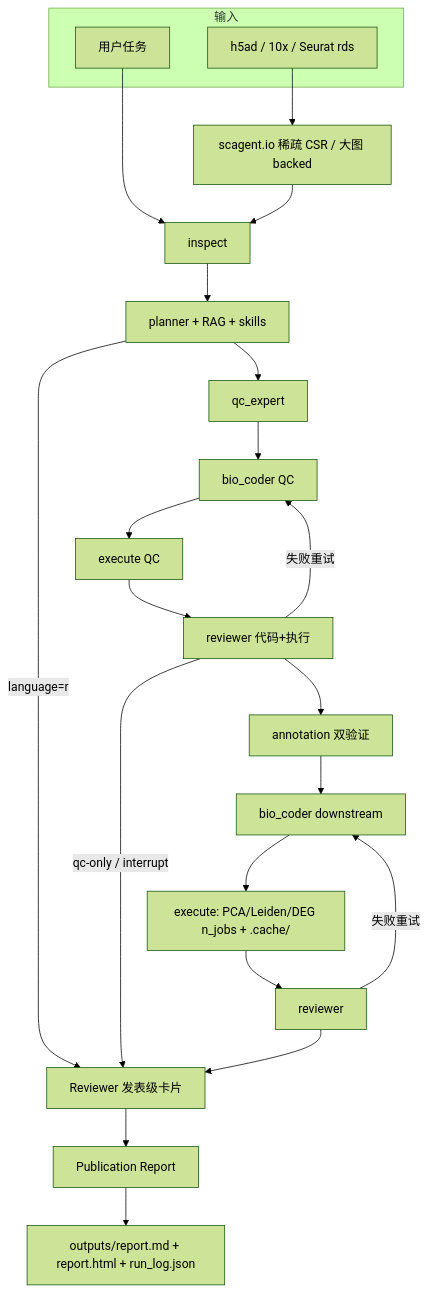
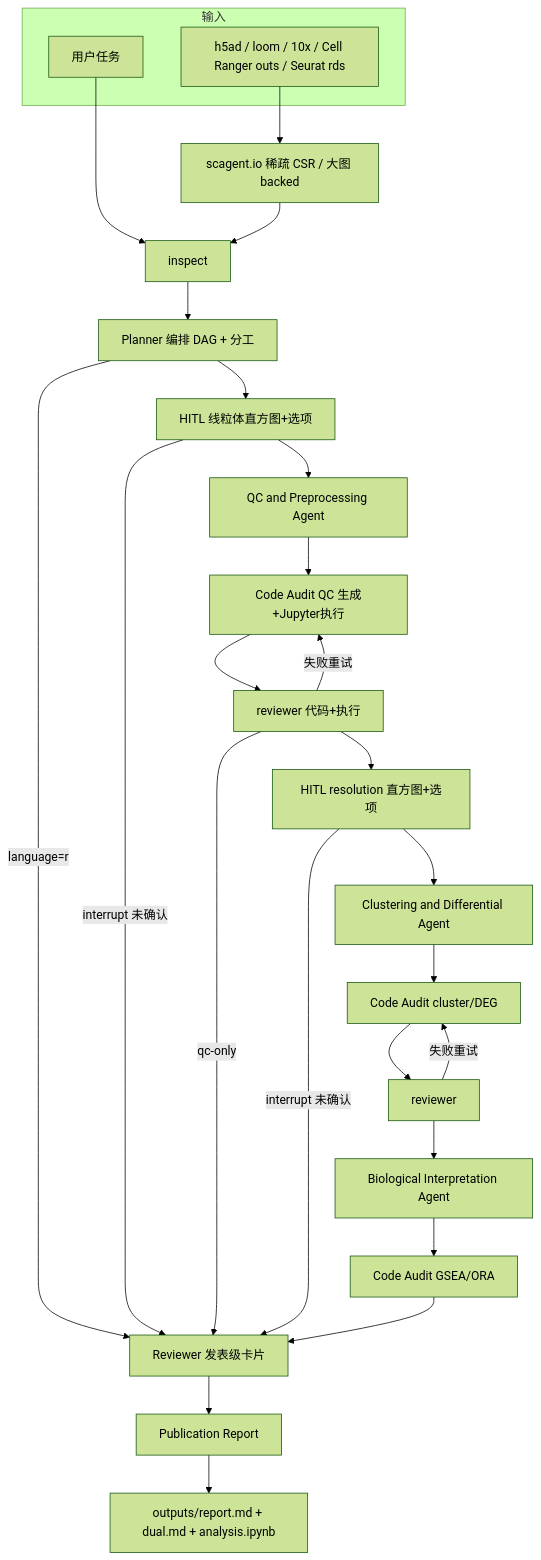
The diagram in README.md (bio-apple/scAgent), drawn with Mermaid (forest theme) before and after one commit. The commit also changed other lines of this file and 97 other files, not shown here.

First line of the commit message:
Expand multi-agent pipeline, IO formats, batch integration, and SciAgent skills.

````diff
--- a/README.md
+++ b/README.md
@@ -28,26 +31,30 @@
 ```mermaid
 flowchart TD
   subgraph in [输入]
-    D["h5ad / 10x / Seurat rds"]
+    D["h5ad / loom / 10x / Cell Ranger outs / Seurat rds"]
     Q[用户任务]
   end
   D --> IO["scagent.io 稀疏 CSR / 大图 backed"]
   Q --> INS[inspect]
   IO --> INS
-  INS --> PL[planner + RAG + skills]
+  INS --> PL[Planner 编排 DAG + 分工]
   PL -->|language=r| RP[Reviewer 发表级卡片]
-  PL --> QC[qc_expert]
-  QC --> CQ[bio_coder QC]
-  CQ --> EQ[execute QC]
-  EQ --> RQ[reviewer 代码+执行]
-  RQ -->|失败重试| CQ
-  RQ -->|qc-only / interrupt| RP
-  RQ --> AN[annotation 双验证]
-  AN --> CD[bio_coder downstream]
-  CD --> ED["execute: PCA/Leiden/DEG n_jobs + .cache/"]
-  ED --> RD[reviewer]
-  RD -->|失败重试| CD
-  RD --> RP
+  PL --> HITL1[HITL 线粒体直方图+选项]
+  HITL1 -->|interrupt 未确认| RP
+  HITL1 --> QC[QC and Preprocessing Agent]
+  QC --> CAQ[Code Audit QC 生成+Jupyter执行]
+  CAQ --> RQ[reviewer 代码+执行]
+  RQ -->|失败重试| CAQ
+  RQ -->|qc-only| RP
+  RQ --> HITL2[HITL resolution 直方图+选项]
+  HITL2 -->|interrupt 未确认| RP
+  HITL2 --> CD[Clustering and Differential Agent]
+  CD --> CAD[Code Audit cluster/DEG]
+  CAD --> RD[reviewer]
+  RD -->|失败重试| CAD
+  RD --> BI[Biological Interpretation Agent]
+  BI --> CAI[Code Audit GSEA/ORA]
+  CAI --> RP
   RP --> W[Publication Report]
-  W --> OUT["outputs/report.md + report.html + run_log.json"]
+  W --> OUT["outputs/report.md + dual.md + analysis.ipynb"]
 ```
````
